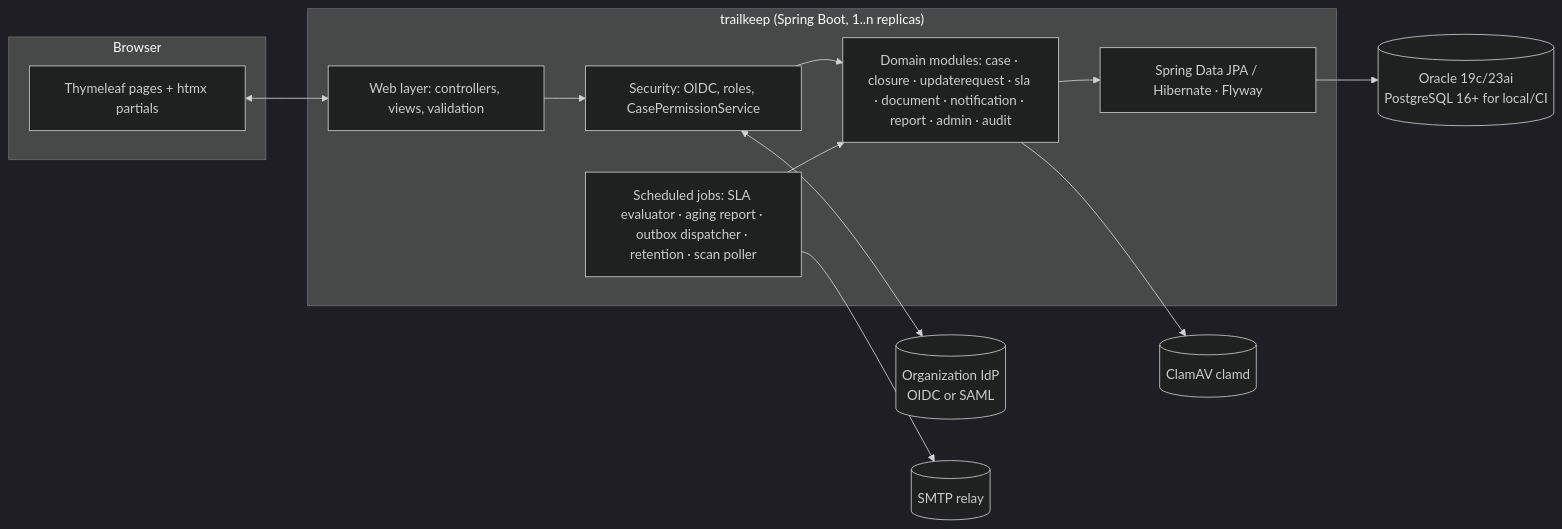
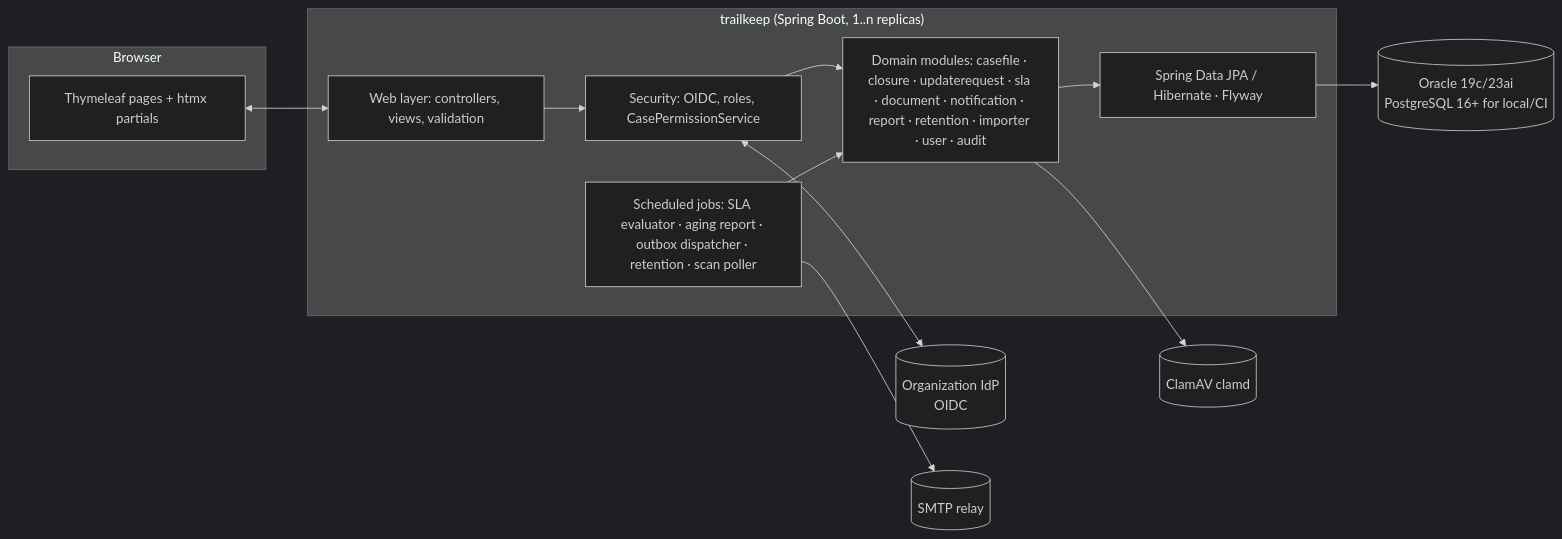
The third of 3 diagrams in BUILD_PLAN.md (techautomator414/trailkeep), drawn with Mermaid (dark theme) before and after one commit. The commit also changed other lines of this file and 2 other files, not shown here.

````diff
--- a/BUILD_PLAN.md
+++ b/BUILD_PLAN.md
@@ -348,23 +352,23 @@
 ```mermaid
 flowchart LR
   subgraph Browser
     UI[Thymeleaf pages + htmx partials]
   end
   subgraph App["trailkeep (Spring Boot, 1..n replicas)"]
     Web[Web layer: controllers, views, validation]
     Sec[Security: OIDC, roles, CasePermissionService]
-    Dom[Domain modules: case · closure · updaterequest · sla · document · notification · report · admin · audit]
+    Dom[Domain modules: casefile · closure · updaterequest · sla · document · notification · report · retention · importer · user · audit]
     Jobs[Scheduled jobs: SLA evaluator · aging report · outbox dispatcher · retention · scan poller]
     JPA[Spring Data JPA / Hibernate · Flyway]
   end
-  IdP[(Organization IdP\nOIDC or SAML)]
+  IdP[(Organization IdP\nOIDC)]
   DB[(Oracle 19c/23ai\nPostgreSQL 16+ for local/CI)]
   SMTP[(SMTP relay)]
   AV[(ClamAV clamd)]
   UI <--> Web
   Web --> Sec --> Dom --> JPA --> DB
   Jobs --> Dom
   Sec <--> IdP
   Jobs --> SMTP
   Dom --> AV
 ```
````
